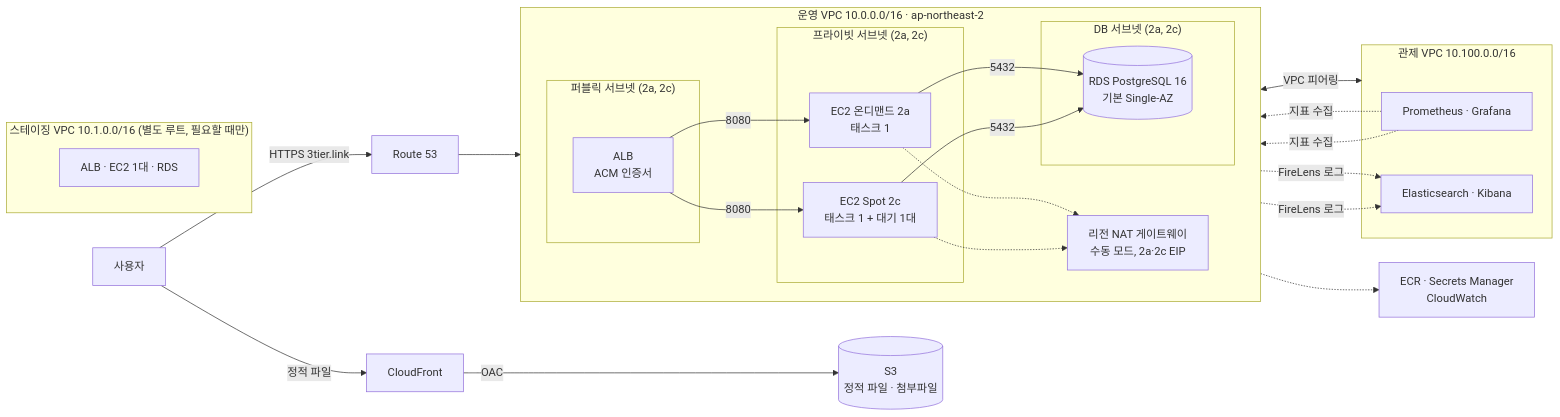
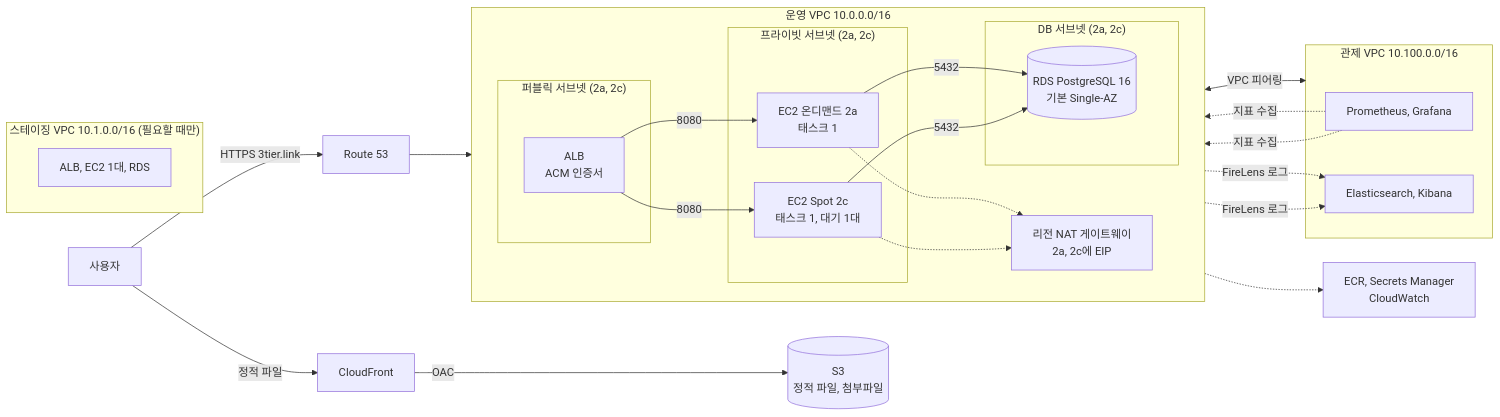
The first of 3 diagrams in docs/architecture.md (DDongHyun00/3-tier-terraform-ecs), drawn with Mermaid before and after one commit. The commit also changed other lines of this file and 25 other files, not shown here.

````diff
--- a/docs/architecture.md
+++ b/docs/architecture.md
@@ -7,40 +7,40 @@
 ```mermaid
 flowchart LR
     U[사용자] -->|HTTPS 3tier.link| R53[Route 53]
     R53 --> ALB
-    U -->|정적 파일| CF[CloudFront] -->|OAC| S3[(S3<br/>정적 파일 · 첨부파일)]
+    U -->|정적 파일| CF[CloudFront] -->|OAC| S3[(S3<br/>정적 파일, 첨부파일)]
 
-    subgraph VPC["운영 VPC 10.0.0.0/16 · ap-northeast-2"]
+    subgraph VPC["운영 VPC 10.0.0.0/16"]
         direction LR
         subgraph PUB["퍼블릭 서브넷 (2a, 2c)"]
             ALB[ALB<br/>ACM 인증서]
         end
-        NAT[리전 NAT 게이트웨이<br/>수동 모드, 2a·2c EIP]
+        NAT[리전 NAT 게이트웨이<br/>2a, 2c에 EIP]
         subgraph PRIV["프라이빗 서브넷 (2a, 2c)"]
             T1[EC2 온디맨드 2a<br/>태스크 1]
-            T2[EC2 Spot 2c<br/>태스크 1 + 대기 1대]
+            T2[EC2 Spot 2c<br/>태스크 1, 대기 1대]
         end
         subgraph DB["DB 서브넷 (2a, 2c)"]
             RDS[(RDS PostgreSQL 16<br/>기본 Single-AZ)]
         end
     end
 
     subgraph MON["관제 VPC 10.100.0.0/16"]
-        PG[Prometheus · Grafana]
-        ELK[Elasticsearch · Kibana]
+        PG[Prometheus, Grafana]
+        ELK[Elasticsearch, Kibana]
     end
 
-    subgraph STG["스테이징 VPC 10.1.0.0/16 (별도 루트, 필요할 때만)"]
-        SAPP[ALB · EC2 1대 · RDS]
+    subgraph STG["스테이징 VPC 10.1.0.0/16 (필요할 때만)"]
+        SAPP[ALB, EC2 1대, RDS]
     end
 
     ALB -->|8080| T1
     ALB -->|8080| T2
     T1 -->|5432| RDS
     T2 -->|5432| RDS
     T1 & T2 -.-> NAT
-    NAT -.-> EXT[ECR · Secrets Manager<br/>CloudWatch]
+    NAT -.-> EXT[ECR, Secrets Manager<br/>CloudWatch]
     T1 & T2 -.->|FireLens 로그| ELK
     PG -.->|지표 수집| T1 & T2
     VPC <-->|VPC 피어링| MON
 ```
````
